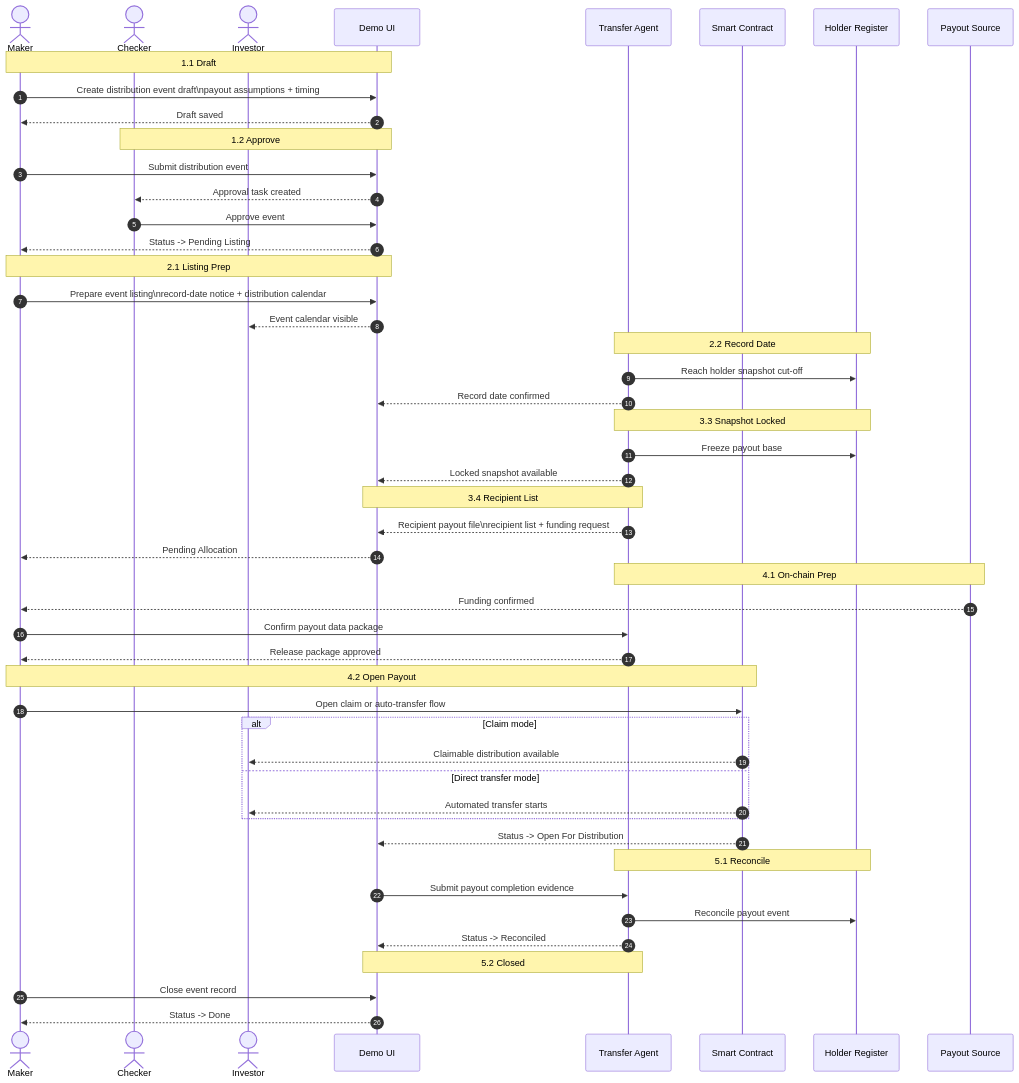
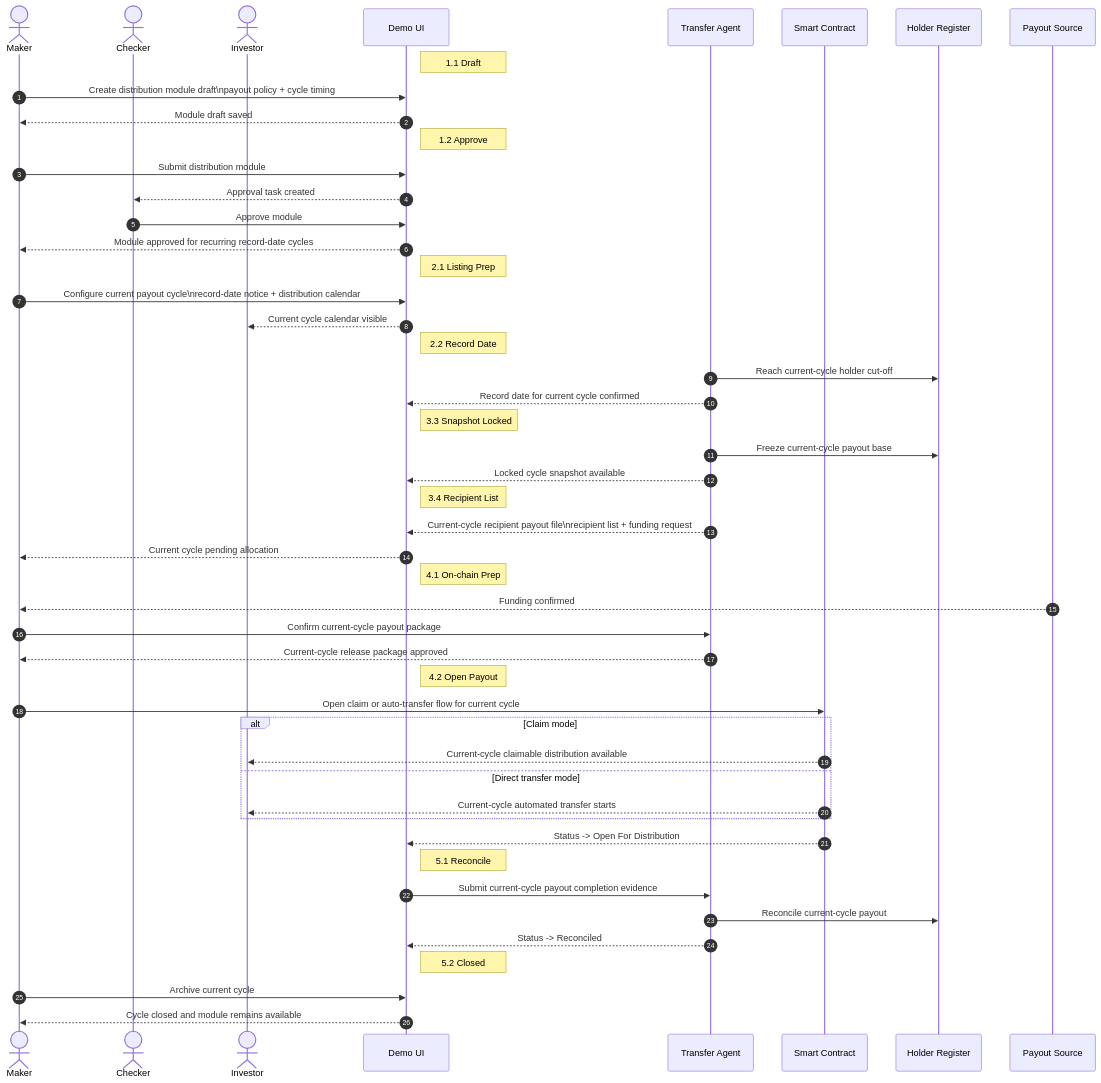
Before and after one commit to JohnLiuSCIE/fund-rwa-demo: the sixth of 6 diagrams in 05_Architecture/Diagrams/ARCH - Fund Lifecycle Sequence Diagrams.md, drawn with Mermaid. The commit also changed other lines of this file, not shown here.

Commit message:
Refine open-end sequence semantics

````diff
--- a/05_Architecture/Diagrams/ARCH - Fund Lifecycle Sequence Diagrams.md
+++ b/05_Architecture/Diagrams/ARCH - Fund Lifecycle Sequence Diagrams.md
@@ -347,61 +350,61 @@
 ```mermaid
 sequenceDiagram
     autonumber
     actor Maker as Maker
     actor Checker as Checker
     actor Investor as Investor
     participant UI as Demo UI
     participant TA as Transfer Agent
     participant Chain as Smart Contract
     participant Register as Holder Register
     participant Treasury as Payout Source
 
-    note over Maker,UI: 1.1 Draft
-    Maker->>UI: Create distribution event draft\npayout assumptions + timing
-    UI-->>Maker: Draft saved
+    note right of UI: 1.1 Draft
+    Maker->>UI: Create distribution module draft\npayout policy + cycle timing
+    UI-->>Maker: Module draft saved
 
-    note over Checker,UI: 1.2 Approve
-    Maker->>UI: Submit distribution event
+    note right of UI: 1.2 Approve
+    Maker->>UI: Submit distribution module
     UI-->>Checker: Approval task created
-    Checker->>UI: Approve event
-    UI-->>Maker: Status -> Pending Listing
+    Checker->>UI: Approve module
+    UI-->>Maker: Module approved for recurring record-date cycles
 
-    note over Maker,UI: 2.1 Listing Prep
-    Maker->>UI: Prepare event listing\nrecord-date notice + distribution calendar
-    UI-->>Investor: Event calendar visible
+    note right of UI: 2.1 Listing Prep
+    Maker->>UI: Configure current payout cycle\nrecord-date notice + distribution calendar
+    UI-->>Investor: Current cycle calendar visible
 
-    note over TA,Register: 2.2 Record Date
-    TA->>Register: Reach holder snapshot cut-off
-    TA-->>UI: Record date confirmed
+    note right of UI: 2.2 Record Date
+    TA->>Register: Reach current-cycle holder cut-off
+    TA-->>UI: Record date for current cycle confirmed
 
-    note over TA,Register: 3.3 Snapshot Locked
-    TA->>Register: Freeze payout base
-    TA-->>UI: Locked snapshot available
+    note right of UI: 3.3 Snapshot Locked
+    TA->>Register: Freeze current-cycle payout base
+    TA-->>UI: Locked cycle snapshot available
 
-    note over TA,UI: 3.4 Recipient List
-    TA-->>UI: Recipient payout file\nrecipient list + funding request
-    UI-->>Maker: Pending Allocation
+    note right of UI: 3.4 Recipient List
+    TA-->>UI: Current-cycle recipient payout file\nrecipient list + funding request
+    UI-->>Maker: Current cycle pending allocation
 
-    note over TA,Treasury: 4.1 On-chain Prep
+    note right of UI: 4.1 On-chain Prep
     Treasury-->>Maker: Funding confirmed
-    Maker->>TA: Confirm payout data package
-    TA-->>Maker: Release package approved
+    Maker->>TA: Confirm current-cycle payout package
+    TA-->>Maker: Current-cycle release package approved
 
-    note over Maker,Chain: 4.2 Open Payout
-    Maker->>Chain: Open claim or auto-transfer flow
+    note right of UI: 4.2 Open Payout
+    Maker->>Chain: Open claim or auto-transfer flow for current cycle
     alt Claim mode
-        Chain-->>Investor: Claimable distribution available
+        Chain-->>Investor: Current-cycle claimable distribution available
     else Direct transfer mode
-        Chain-->>Investor: Automated transfer starts
+        Chain-->>Investor: Current-cycle automated transfer starts
     end
     Chain-->>UI: Status -> Open For Distribution
 
-    note over TA,Register: 5.1 Reconcile
-    UI->>TA: Submit payout completion evidence
-    TA->>Register: Reconcile payout event
+    note right of UI: 5.1 Reconcile
+    UI->>TA: Submit current-cycle payout completion evidence
+    TA->>Register: Reconcile current-cycle payout
     TA-->>UI: Status -> Reconciled
 
-    note over TA,UI: 5.2 Closed
-    Maker->>UI: Close event record
-    UI-->>Maker: Status -> Done
+    note right of UI: 5.2 Closed
+    Maker->>UI: Archive current cycle
+    UI-->>Maker: Cycle closed and module remains available
 ```
````
